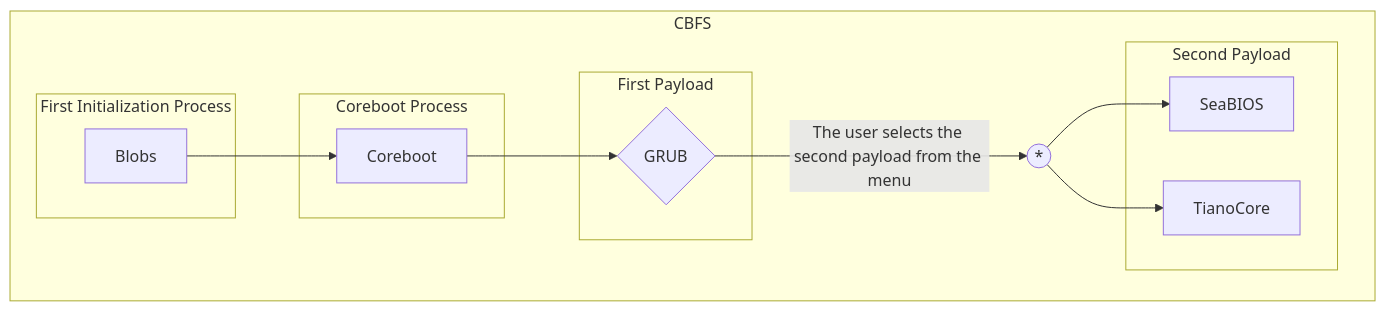
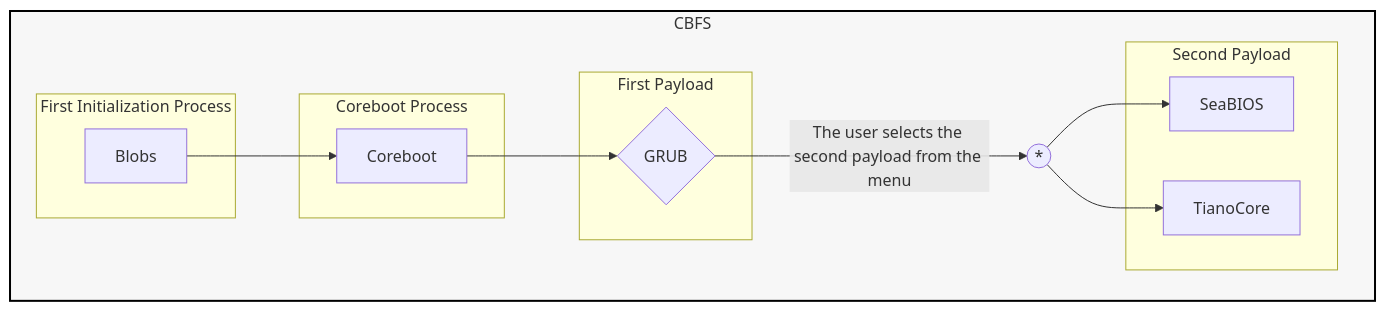
One commit to Ch3ckm4t3C1ph3r/Lenovo-Ideapad-320-14ISK-_Coreboot-Adaptation_ changed the diagram in README.md. Above: the diagram before and after it, drawn with Mermaid. The commit also changed other lines of this file, not shown here.

First line of the commit message:
Fix duplicate CBFS class definition in README

````diff
--- a/README.md
+++ b/README.md
@@ -104,33 +104,33 @@
 ```mermaid
 flowchart LR;
     classDef cbfs fill:#f7f7f7,stroke:#000000,stroke-width:2px;
-
-    class CBFS cbfs
     
     subgraph CBFS
         direction LR
 
         %% Not publicly documented boot process
         subgraph First Initialization Process
         Blobs
         end
 
         Blobs --> Coreboot
 
         subgraph Coreboot Process
         Coreboot
         end
     
         Coreboot-->p1{GRUB}
     
         subgraph First Payload
         p1{GRUB}
         end
     
         p1{GRUB}--The user selects the second payload from the menu-->UNION((*))-->p2_1[SeaBIOS] & p2_2[TianoCore]
     
         subgraph Second Payload
         p2_1[SeaBIOS] & p2_2[TianoCore]
         end
     end
+
+    class CBFS cbfs
 ```
````
